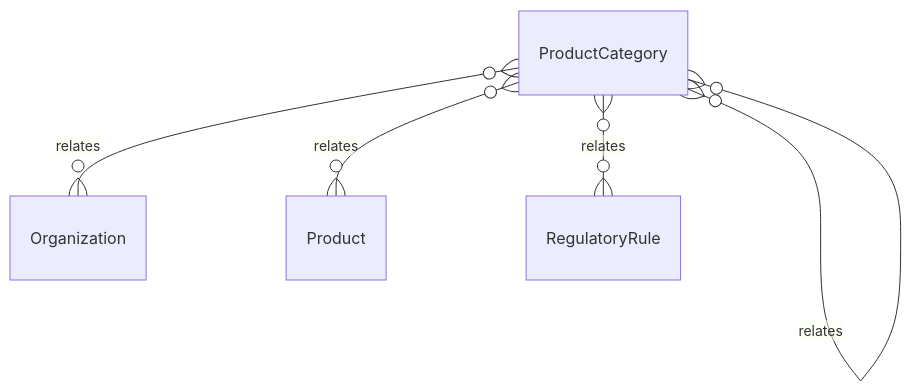
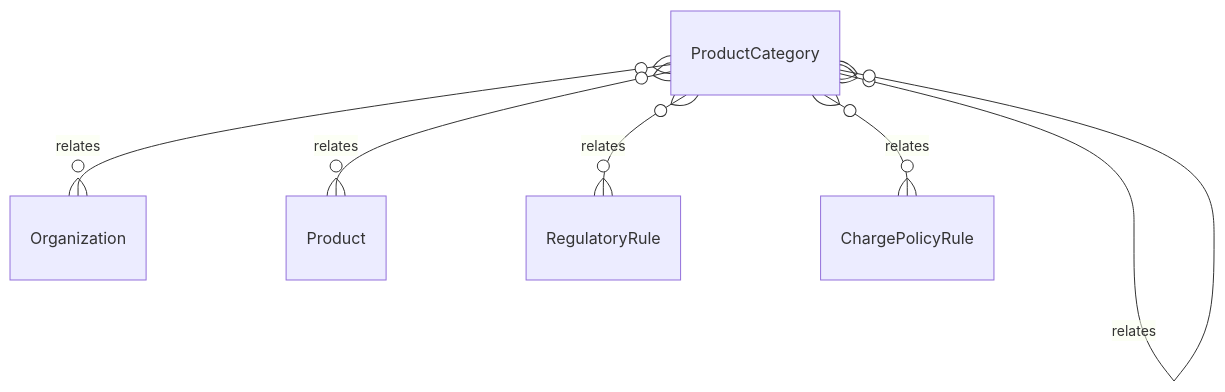
Before and after one commit to tejasnirala/rcln: the diagram in .kb/Database/ProductCategory.md, drawn with Mermaid. The commit also changed other lines of this file and 171 other files, not shown here.

````diff
--- a/.kb/Database/ProductCategory.md
+++ b/.kb/Database/ProductCategory.md
@@ -50,7 +51,8 @@
 ```mermaid
 erDiagram
     ProductCategory }o--o{ Organization : relates
     ProductCategory }o--o{ ProductCategory : relates
     ProductCategory }o--o{ Product : relates
     ProductCategory }o--o{ RegulatoryRule : relates
+    ProductCategory }o--o{ ChargePolicyRule : relates
 ```
````
